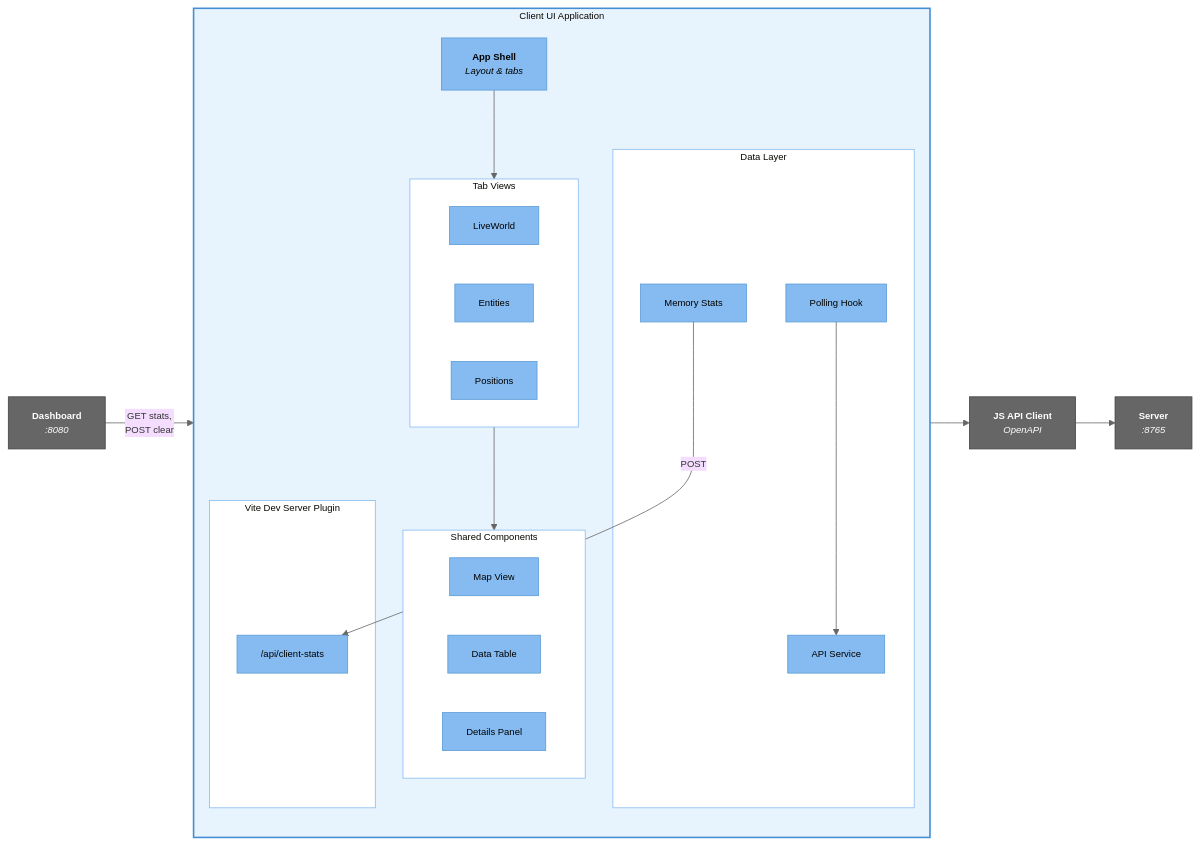
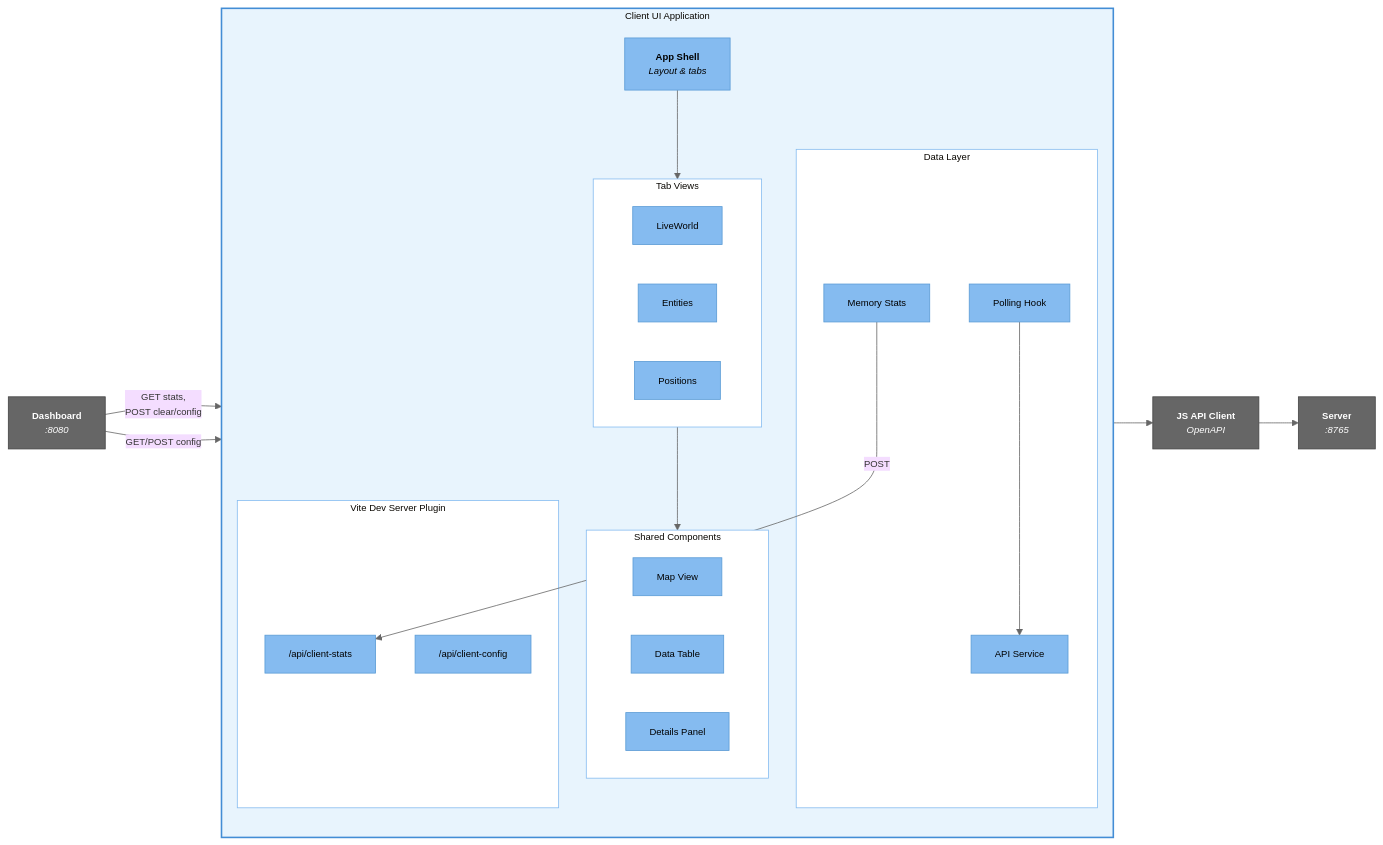
The fourth of 6 diagrams in docs/c4-architecture-diagram.md (ericpauls/disco_workspace), drawn with Mermaid before and after one commit. The commit also changed other lines of this file and 4 other files, not shown here.

First line of the commit message:
feat: Add dashboard config controls and update submodule ref

````diff
--- a/docs/c4-architecture-diagram.md
+++ b/docs/c4-architecture-diagram.md
@@ -150,54 +150,56 @@
 ```mermaid
 %%{init: {'theme': 'base', 'themeVariables': { 'lineColor': '#666', 'fontSize': '12px'}}}%%
 flowchart LR
     subgraph client["Client UI Application"]
         direction TB
         shell["<b>App Shell</b><br/><i>Layout & tabs</i>"]
 
         subgraph tabs["Tab Views"]
             lw_tab["LiveWorld"]
             ent_tab["Entities"]
             pos_tab["Positions"]
         end
 
         subgraph views["Shared Components"]
             map["Map View"]
             table["Data Table"]
             details["Details Panel"]
         end
 
         subgraph data["Data Layer"]
             polling["Polling Hook"]
             api_svc["API Service"]
             mem_stats["Memory Stats"]
         end
 
         subgraph vite_plugin["Vite Dev Server Plugin"]
             stats_api["/api/client-stats"]
+            config_api["/api/client-config"]
         end
 
         shell --> tabs
         tabs --> views
         polling --> api_svc
         mem_stats -->|POST| stats_api
     end
 
     js_client["<b>JS API Client</b><br/><i>OpenAPI</i>"]
     server["<b>Server</b><br/><i>:8765</i>"]
     dashboard["<b>Dashboard</b><br/><i>:8080</i>"]
 
     api_svc --> js_client
     js_client --> server
-    dashboard -->|GET stats,<br/>POST clear| stats_api
+    dashboard -->|GET stats,<br/>POST clear/config| stats_api
+    dashboard -->|GET/POST config| config_api
 
     classDef comp fill:#85BBF0,stroke:#5A9BD5,color:#000
     classDef cbox fill:#E8F4FD,stroke:#438DD5,stroke-width:2px
     classDef ext fill:#666,stroke:#444,color:#fff
     classDef inner fill:#fff,stroke:#85BBF0,stroke-width:1px
 
     class shell,lw_tab,ent_tab,pos_tab,map,table,details,polling,api_svc,mem_stats comp
-    class stats_api comp
+    class stats_api,config_api comp
     class client cbox
     class js_client,server,dashboard ext
     class tabs,views,data,vite_plugin inner
 ```
````
